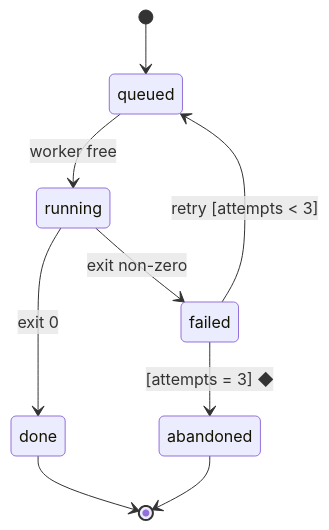
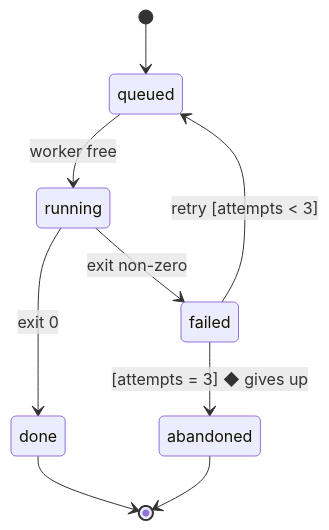
One commit to mknw/muster-skills changed the third of 3 diagrams in visualizing/FORMS.md. Above: the diagram before and after it, drawn with Mermaid. The commit also changed other lines of this file and 5 other files, not shown here.

````diff
--- a/visualizing/FORMS.md
+++ b/visualizing/FORMS.md
@@ -155,11 +162,11 @@
 ```mermaid
 stateDiagram-v2
   [*] --> queued
   queued --> running: worker free
   running --> done: exit 0
   running --> failed: exit non-zero
   failed --> queued: retry [attempts < 3]
-  failed --> abandoned: [attempts = 3] ◆
+  failed --> abandoned: [attempts = 3] ◆ gives up
   done --> [*]
   abandoned --> [*]
 ```
````
